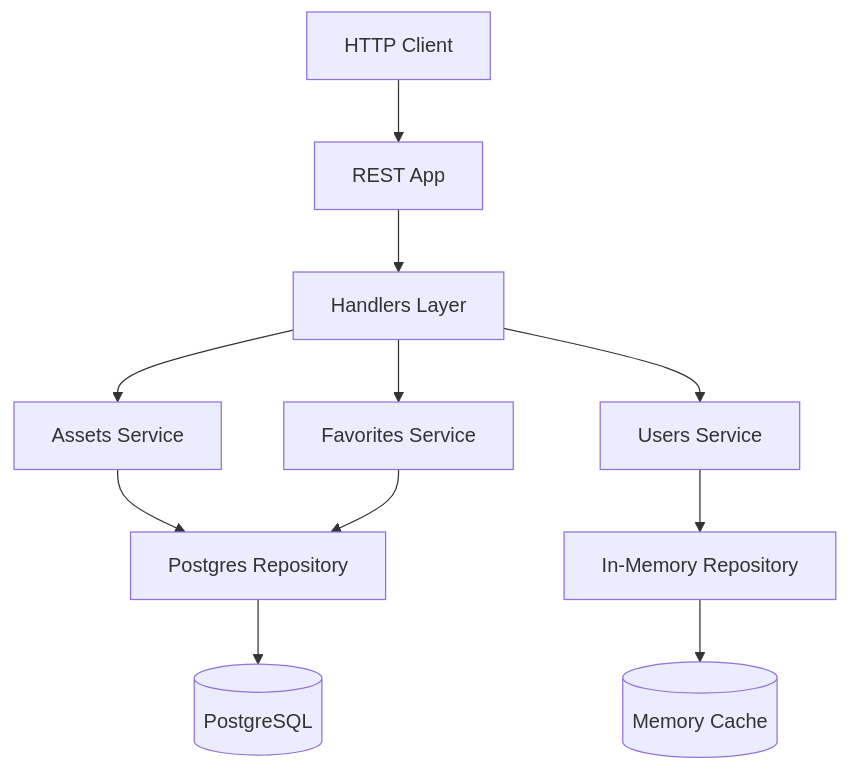
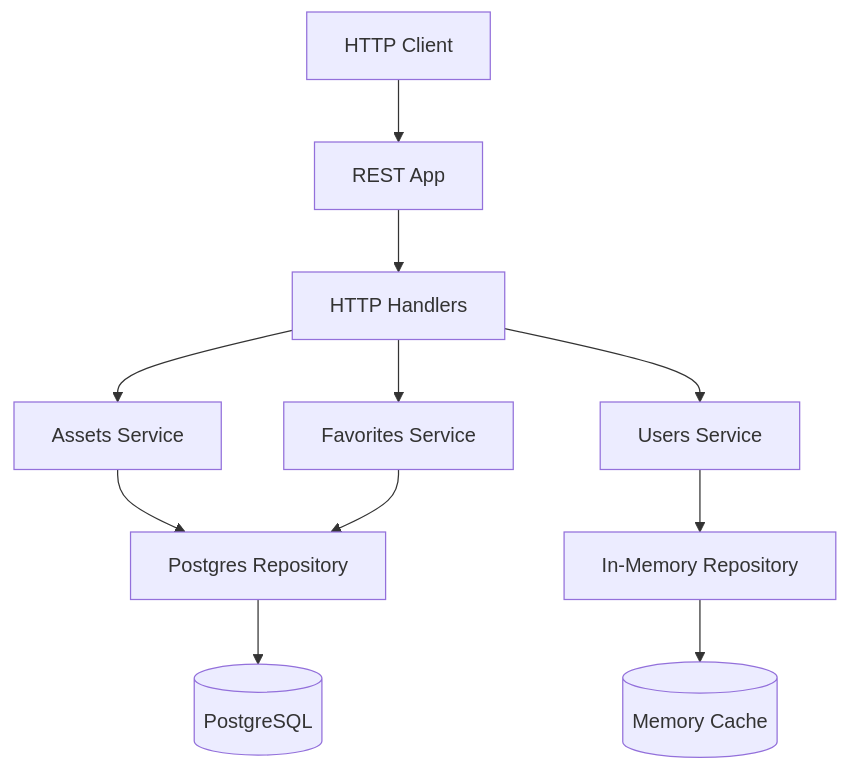
Before and after one commit to alesr/platform-go-challenge: the diagram in README.md, drawn with Mermaid.

````diff
--- a/README.md
+++ b/README.md
@@ -124,13 +124,13 @@
 ```mermaid
 graph TB
     Client[HTTP Client] --> RApp[REST App]
-    RApp --> Handlers[Handlers Layer]
+    RApp --> Handlers[HTTP Handlers]
     Handlers --> AService[Assets Service]
     Handlers --> UService[Users Service]
     Handlers --> FService[Favorites Service]
     AService --> PgRepo[Postgres Repository]
     UService --> InMemRepo[In-Memory Repository]
     FService --> PgRepo
     PgRepo --> DB[(PostgreSQL)]
     InMemRepo --> Cache[(Memory Cache)]
 ```
````
